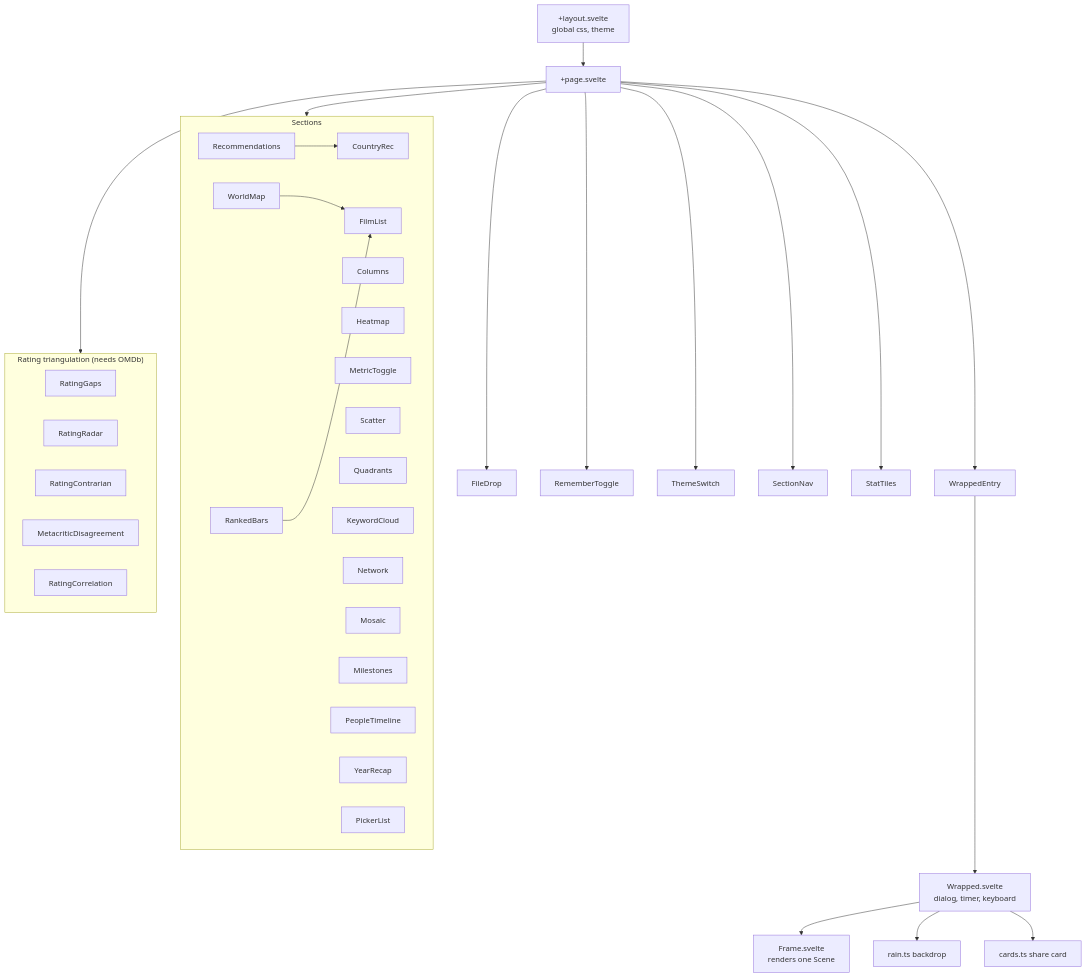
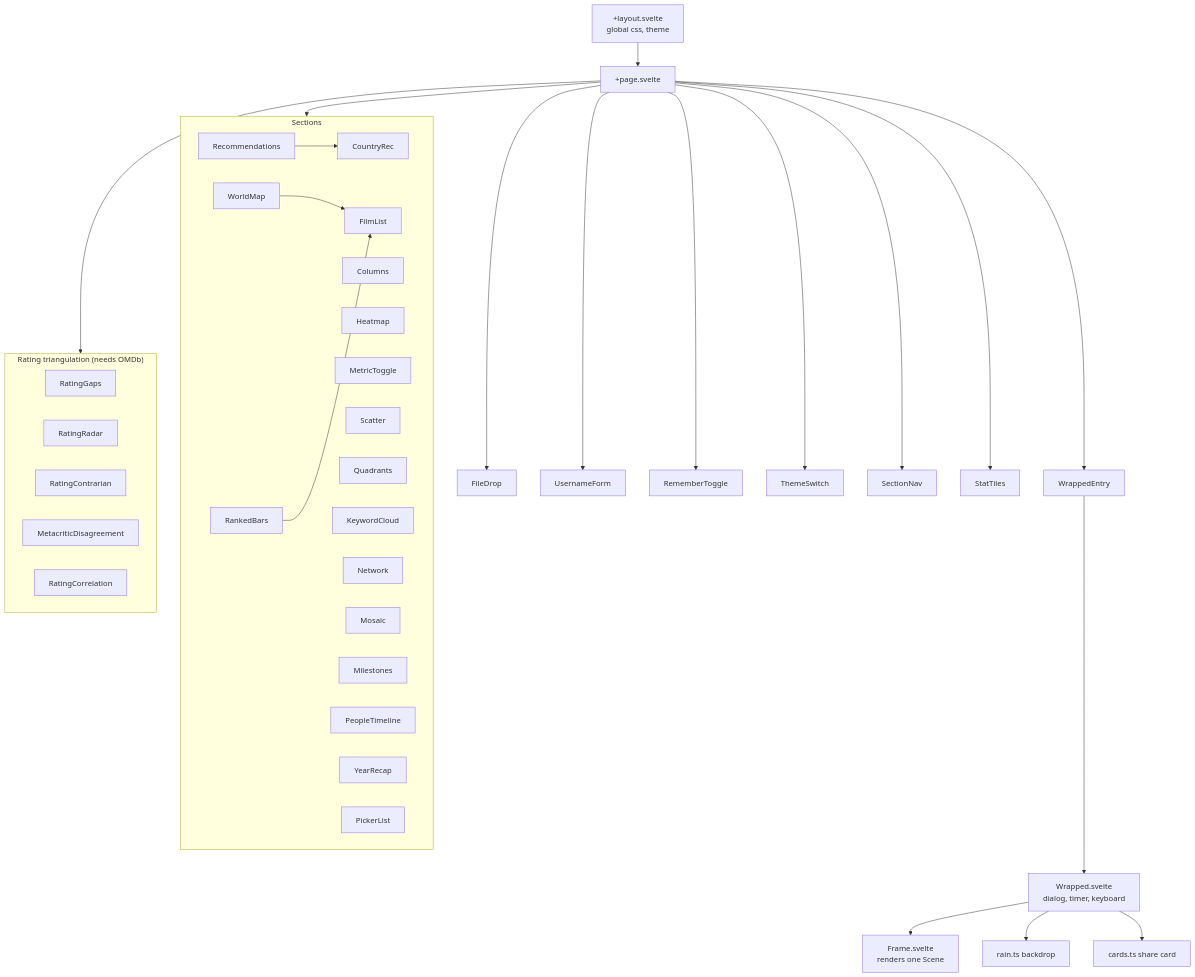
Diagram 18 of 26 in docs/ARCHITECTURE.md (LaurinSorgend/letterboxd-vizard), drawn with Mermaid before and after one commit. The commit also changed other lines of this file, not shown here.

Commit message:
Document the username and RSS feed paths in the architecture doc

````diff
--- a/docs/ARCHITECTURE.md
+++ b/docs/ARCHITECTURE.md
@@ -909,50 +1000,51 @@
 ```mermaid
 flowchart TD
     layout["+layout.svelte<br/>global css, theme"] --> page["+page.svelte"]
 
     page --> FileDrop
+    page --> UsernameForm
     page --> RememberToggle
     page --> ThemeSwitch
     page --> SectionNav
     page --> StatTiles
     page --> WrappedEntry
 
     subgraph sections["Sections"]
         WorldMap
         Columns
         RankedBars
         FilmList
         Heatmap
         MetricToggle
         Scatter
         Quadrants
         KeywordCloud
         Network
         Mosaic
         Milestones
         PeopleTimeline
         YearRecap
         Recommendations
         CountryRec
         PickerList
     end
 
     subgraph triangulation["Rating triangulation (needs OMDb)"]
         RatingGaps
         RatingRadar
         RatingContrarian
         MetacriticDisagreement
         RatingCorrelation
     end
 
     page --> sections
     page --> triangulation
     Recommendations --> CountryRec
     WorldMap --> FilmList
     RankedBars --> FilmList
 
     WrappedEntry --> Wrapped["Wrapped.svelte<br/>dialog, timer, keyboard"]
     Wrapped --> Frame["Frame.svelte<br/>renders one Scene"]
     Wrapped --> rain["rain.ts backdrop"]
     Wrapped --> cards["cards.ts share card"]
 ```
````
